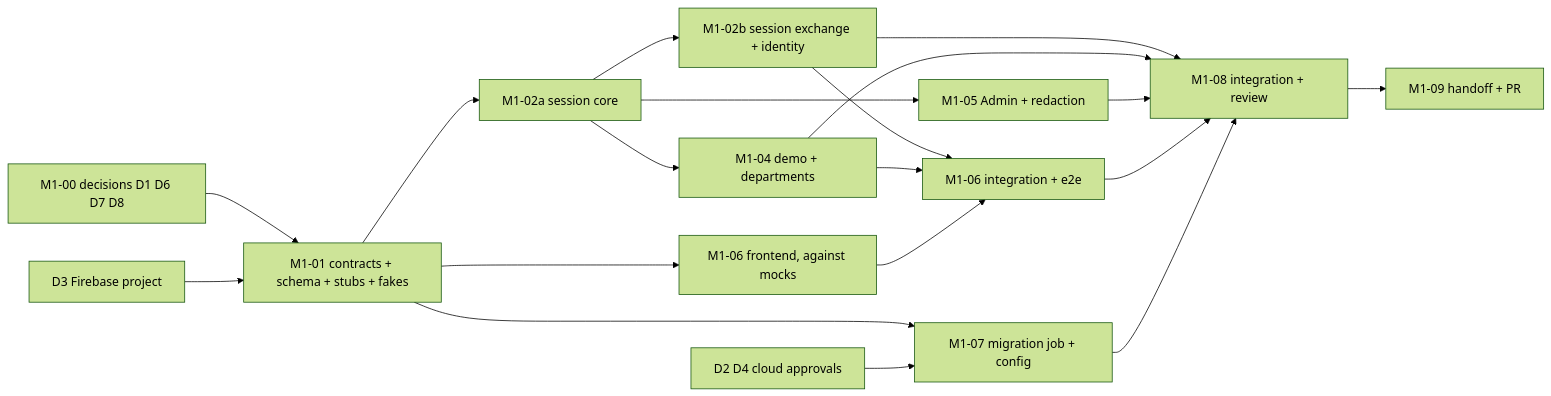
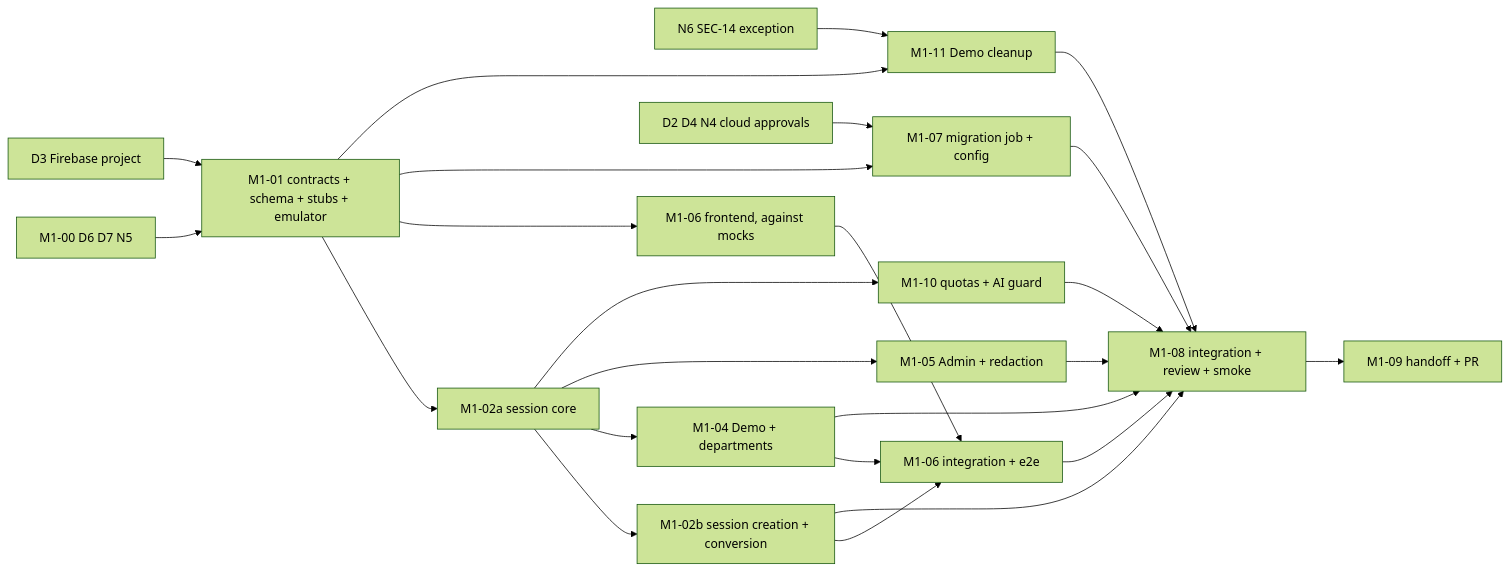
The diagram in docs/milestones/M1/tasks.md (BarakTubul/KnowServe), drawn with Mermaid (forest theme) before and after one commit. The commit also changed other lines of this file and 13 other files, not shown here.

````diff
--- a/docs/milestones/M1/tasks.md
+++ b/docs/milestones/M1/tasks.md
@@ -21,21 +23,26 @@
 ```mermaid
 graph LR
-  D[M1-00 decisions D1 D6 D7 D8] --> T01[M1-01 contracts + schema + stubs + fakes]
+  D[M1-00 D6 D7 N5] --> T01[M1-01 contracts + schema + stubs + emulator]
   D3[D3 Firebase project] --> T01
+  N6[N6 SEC-14 exception] --> T11
   T01 --> T02a[M1-02a session core]
   T01 --> T06[M1-06 frontend, against mocks]
   T01 --> T07[M1-07 migration job + config]
-  D2[D2 D4 cloud approvals] --> T07
-  T02a --> T02b[M1-02b session exchange + identity]
-  T02a --> T04[M1-04 demo + departments]
+  T01 --> T11[M1-11 Demo cleanup]
+  D2[D2 D4 N4 cloud approvals] --> T07
+  T02a --> T02b[M1-02b session creation + conversion]
+  T02a --> T04[M1-04 Demo + departments]
   T02a --> T05[M1-05 Admin + redaction]
+  T02a --> T10[M1-10 quotas + AI guard]
   T02b --> T06int[M1-06 integration + e2e]
   T04 --> T06int
   T06 --> T06int
-  T02b --> T08[M1-08 integration + review]
+  T02b --> T08[M1-08 integration + review + smoke]
   T04 --> T08
   T05 --> T08
+  T10 --> T08
+  T11 --> T08
   T06int --> T08
   T07 --> T08
   T08 --> T09[M1-09 handoff + PR]
 ```
````
